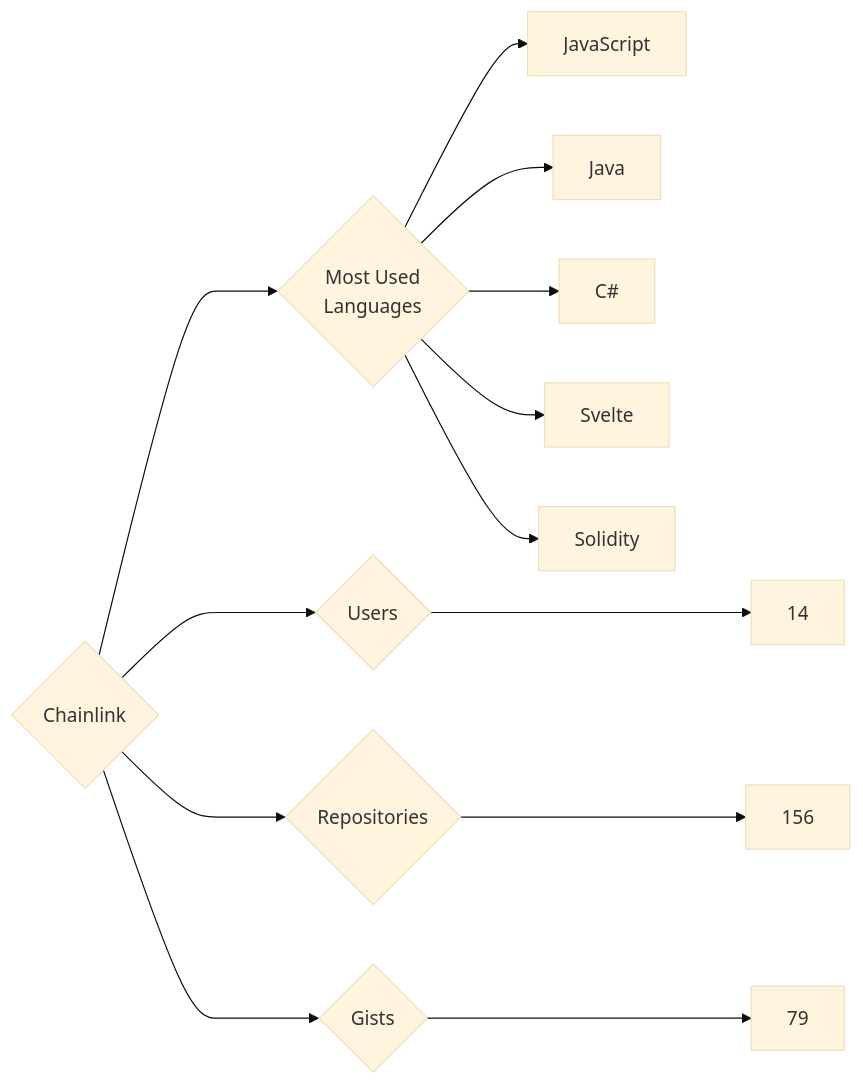
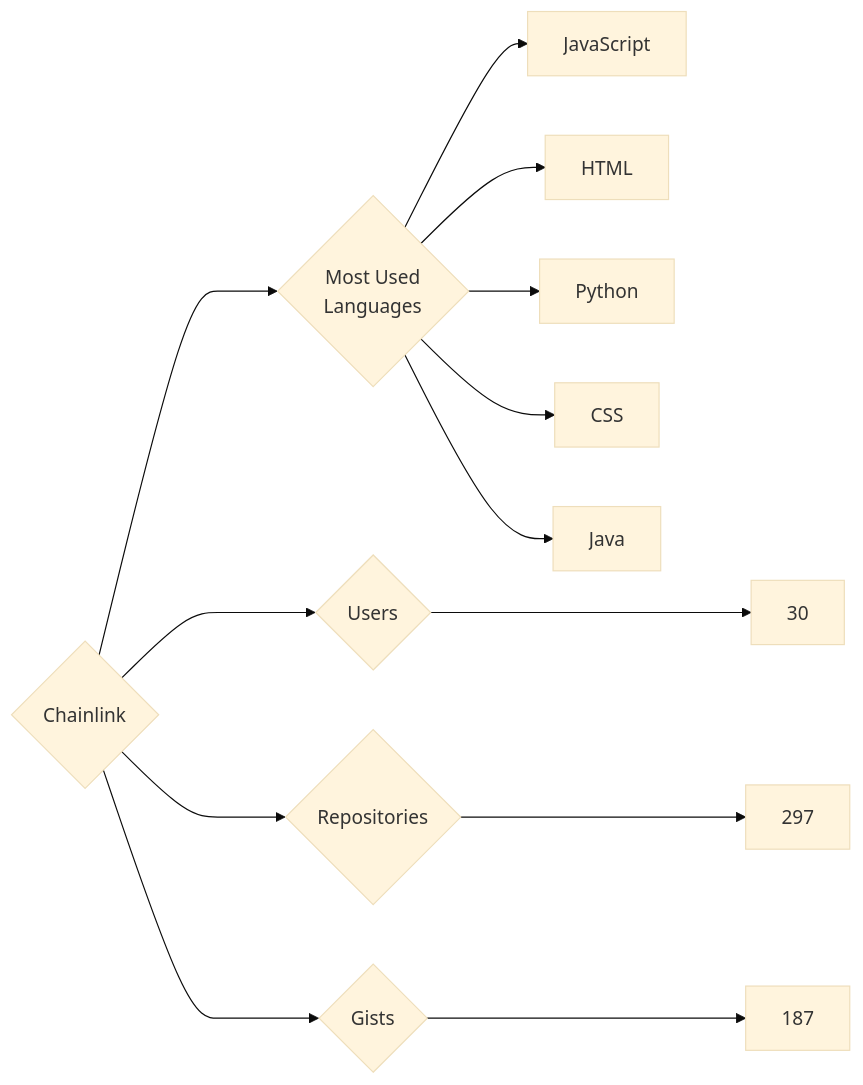
One commit to trickest/insiders changed the diagram in targets/Chainlink/README.md. Above: the diagram before and after it, drawn with Mermaid (base theme). The commit also changed 772 other files, not shown here.

````diff
--- a/targets/Chainlink/README.md
+++ b/targets/Chainlink/README.md
@@ -3,13 +3,13 @@
 ```mermaid
 graph LR
 COMPANY_NAME{Chainlink}
-COMPANY_NAME ---> U{Users} ---> UN[14]
-COMPANY_NAME ---> R{Repositories} ---> RN[156]
-COMPANY_NAME ---> G{Gists} ---> GN[79]
+COMPANY_NAME ---> U{Users} ---> UN[30]
+COMPANY_NAME ---> R{Repositories} ---> RN[297]
+COMPANY_NAME ---> G{Gists} ---> GN[187]
 COMPANY_NAME ---> ML{Most Used<br>Languages}
 ML --> JavaScript[JavaScript]
+ML --> HTML[HTML]
+ML --> Python[Python]
+ML --> CSS[CSS]
 ML --> Java[Java]
-ML --> C#[C#]
-ML --> Svelte[Svelte]
-ML --> Solidity[Solidity]
 ```
````
